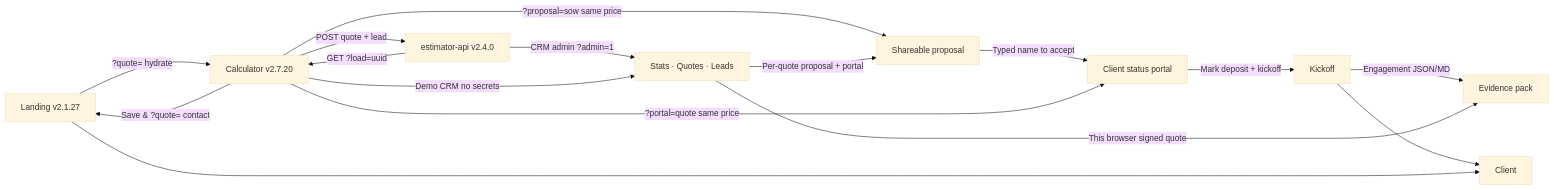
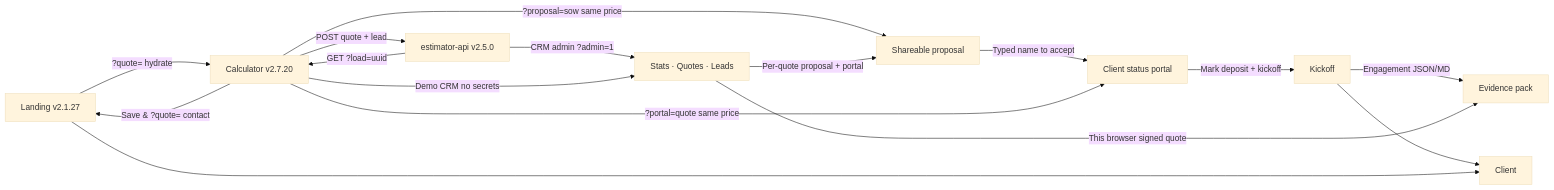
Before and after one commit to pixellayer7-jpg/pixellayer7-jpg: the diagram in README.md, drawn with Mermaid (base theme). The commit also changed 6 other files, not shown here.

Commit message:
docs: estimator-api v2.5.0 audit log

````diff
--- a/README.md
+++ b/README.md
@@ -23,18 +23,18 @@
 ```mermaid
 flowchart LR
   A[Landing v2.1.27] -->|?quote= hydrate| B[Calculator v2.7.20]
   B -->|Save & ?quote= contact| A
   B -->|?proposal=sow same price| R[Shareable proposal]
   R -->|Typed name to accept| P[Client status portal]
   P -->|Mark deposit + kickoff| K[Kickoff]
   K -->|Engagement JSON/MD| X[Evidence pack]
   B -->|?portal=quote same price| P
-  B -->|POST quote + lead| D[estimator-api v2.4.0]
+  B -->|POST quote + lead| D[estimator-api v2.5.0]
   D -->|CRM admin ?admin=1| E[Stats · Quotes · Leads]
   B -->|Demo CRM no secrets| E
   E -->|This browser signed quote| X
   E -->|Per-quote proposal + portal| R
   K --> F[Client]
   D -->|GET ?load=uuid| B
   A --> F[Client]
 ```
````
